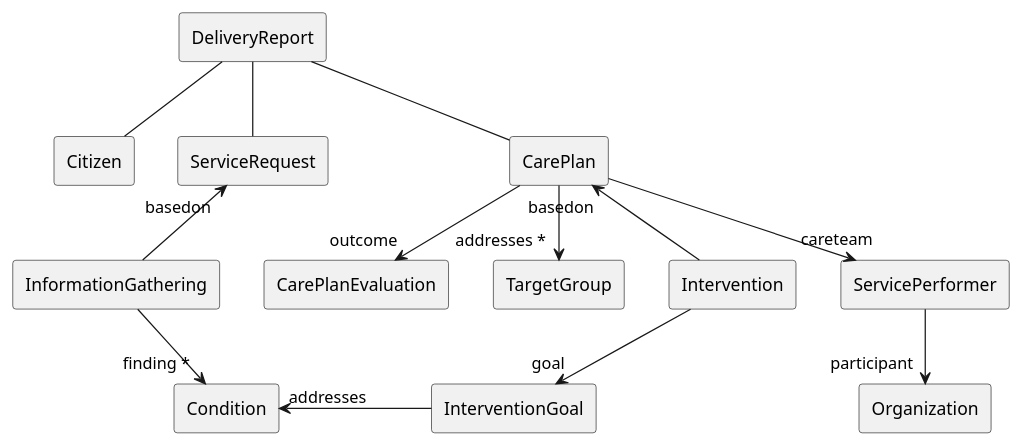
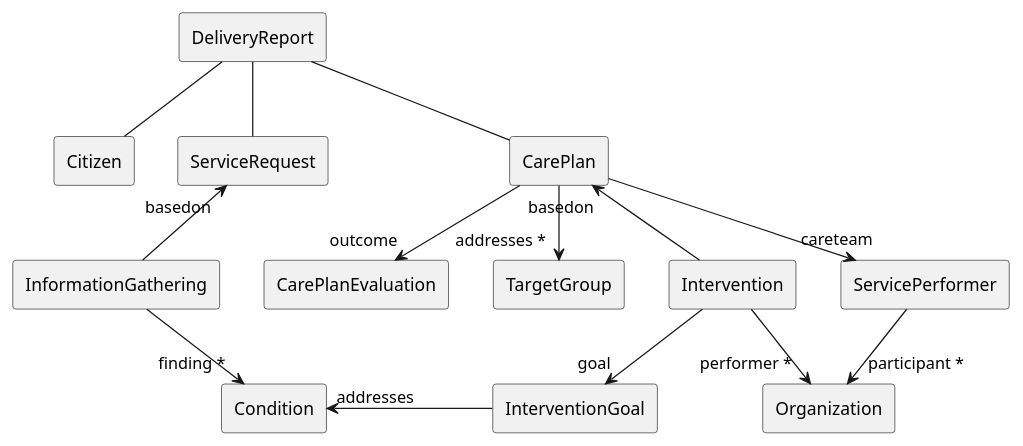
The diagram in input/images-sources/KLReportingFFBDeliveryReport.plantuml (hl7dk/kl-ffb-reporting), drawn with PlantUML before and after one commit. The commit also changed 11 other files, not shown here.

```diff
--- a/input/images-sources/KLReportingFFBDeliveryReport.plantuml
+++ b/input/images-sources/KLReportingFFBDeliveryReport.plantuml
@@ -1,36 +1,38 @@
 @startuml DeliveryReport
 
 rectangle "DeliveryReport" as report
 
 rectangle "Citizen" as citizen
 rectangle "ServiceRequest" as request
 rectangle "CarePlan" as careplan
 
 rectangle "InformationGathering" as information
 rectangle "CarePlanEvaluation" as careplanevaluation
 rectangle "TargetGroup" as targetgroup
 rectangle "Intervention" as intervention
 rectangle "ServicePerformer" as team
 
 rectangle "Condition" as condition
 rectangle "InterventionGoal" as goal
 rectangle "Organization" as organization
 
 report -- citizen
 report -- request
 report -- careplan
 
 request "basedon"<-- information
 ' careplan -->"goal *" goal
 careplan -->"outcome" careplanevaluation
 careplan -->"addresses *" targetgroup
 careplan "basedon"<-- intervention
 careplan -->"careteam" team
-team -->"participant" organization
+team -->"participant *" organization
 
 information -->"finding *" condition
 condition "addresses"<- goal
 
+intervention -->"performer *" organization
+
 intervention -->"goal" goal
 
 @enduml
```
